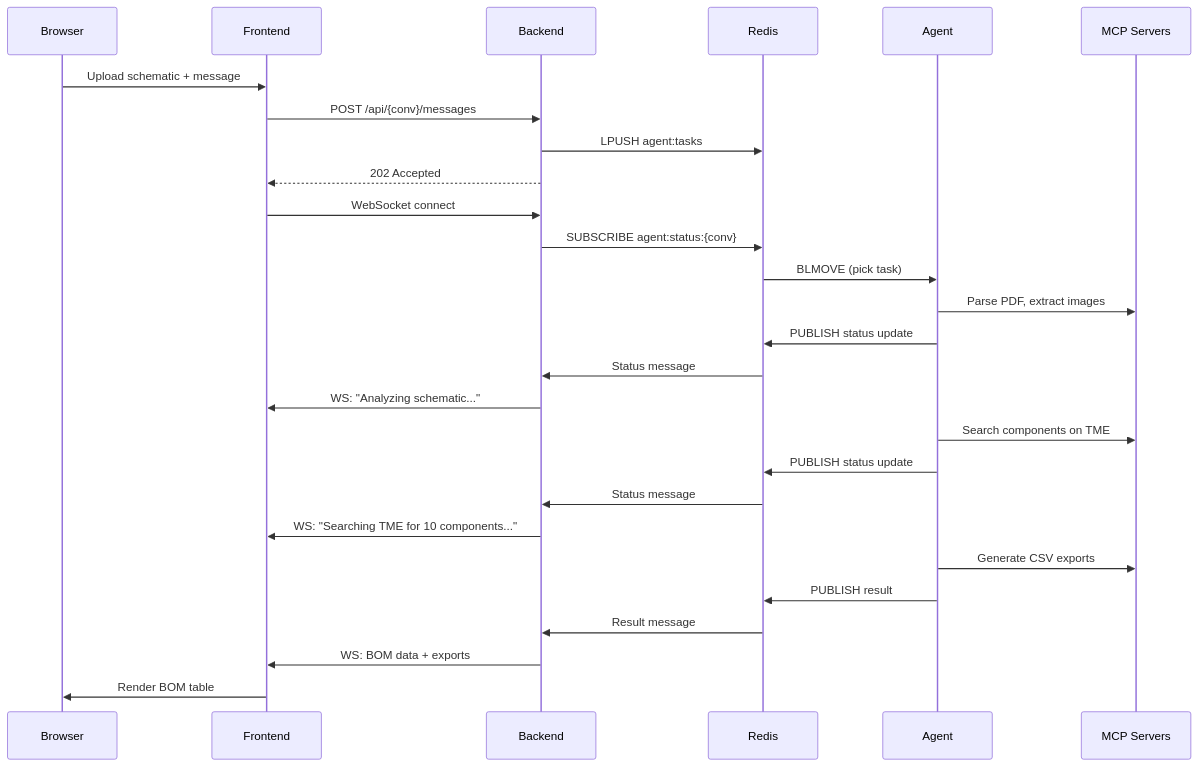
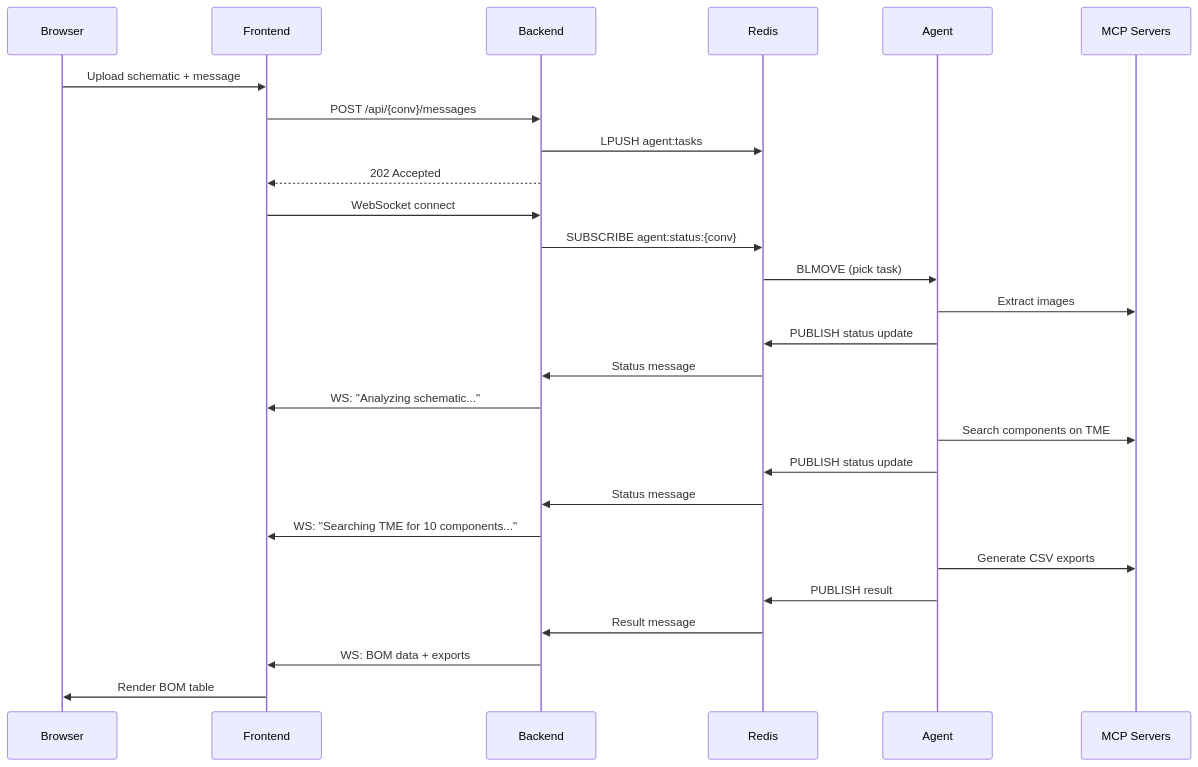
The fourth of 5 diagrams in README.md (MrFishPL/zane), drawn with Mermaid before and after one commit. The commit also changed other lines of this file and 6 other files, not shown here.

Commit message:
feat: restrict uploads to images only, remove PDF processing pipeline

````diff
--- a/README.md
+++ b/README.md
@@ -158,34 +158,34 @@
 ```mermaid
 sequenceDiagram
     participant U as Browser
     participant FE as Frontend
     participant BE as Backend
     participant RD as Redis
     participant AG as Agent
     participant MCP as MCP Servers
 
     U->>FE: Upload schematic + message
     FE->>BE: POST /api/{conv}/messages
     BE->>RD: LPUSH agent:tasks
     BE-->>FE: 202 Accepted
 
     FE->>BE: WebSocket connect
     BE->>RD: SUBSCRIBE agent:status:{conv}
 
     RD->>AG: BLMOVE (pick task)
-    AG->>MCP: Parse PDF, extract images
+    AG->>MCP: Extract images
     AG->>RD: PUBLISH status update
     RD->>BE: Status message
     BE->>FE: WS: "Analyzing schematic..."
 
     AG->>MCP: Search components on TME
     AG->>RD: PUBLISH status update
     RD->>BE: Status message
     BE->>FE: WS: "Searching TME for 10 components..."
 
     AG->>MCP: Generate CSV exports
     AG->>RD: PUBLISH result
     RD->>BE: Result message
     BE->>FE: WS: BOM data + exports
     FE->>U: Render BOM table
 ```
````
